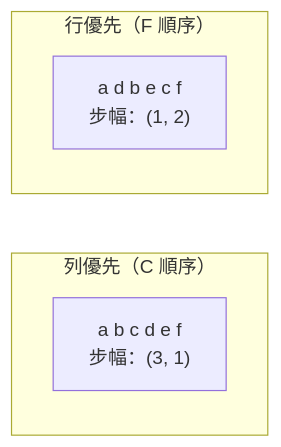
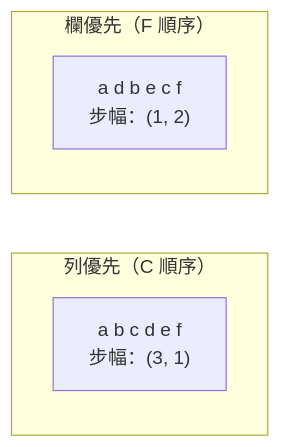
One commit to edward821220/ai-engineering-from-scratch changed the third of 4 diagrams in i18n/zh-TW/phases/01-math-foundations/12-tensor-operations/docs/zh-TW.md. Above: the diagram before and after it, drawn with Mermaid. The commit also changed 6 other files, not shown here.

````diff
--- a/i18n/zh-TW/phases/01-math-foundations/12-tensor-operations/docs/zh-TW.md
+++ b/i18n/zh-TW/phases/01-math-foundations/12-tensor-operations/docs/zh-TW.md
@@ -67,9 +67,9 @@
 ```mermaid
 graph LR
     subgraph "列優先（C 順序）"
         R["a b c d e f<br/>步幅：(3, 1)"]
     end
-    subgraph "行優先（F 順序）"
+    subgraph "欄優先（F 順序）"
         C["a d b e c f<br/>步幅：(1, 2)"]
     end
 ```
````
